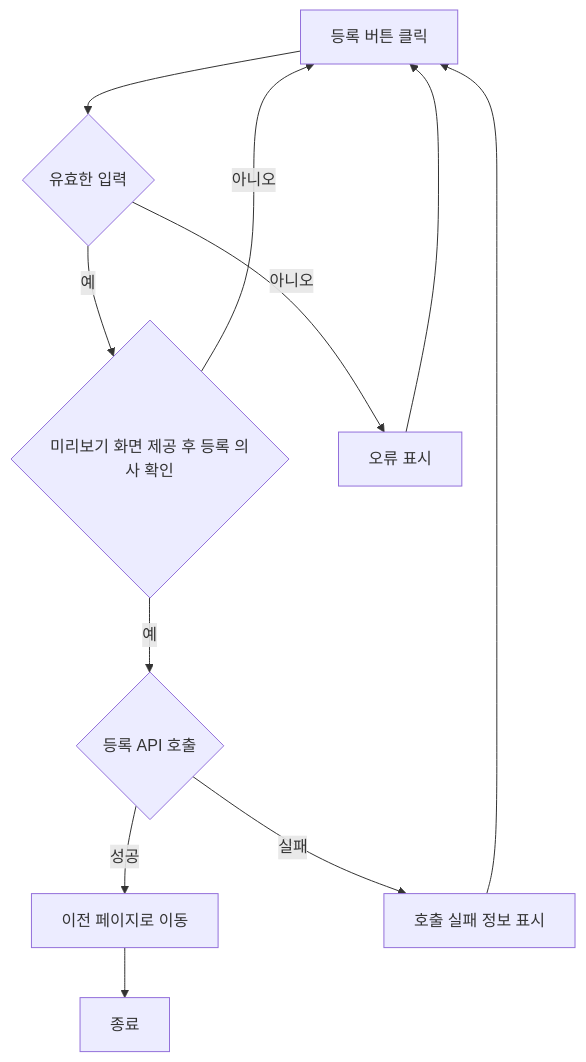
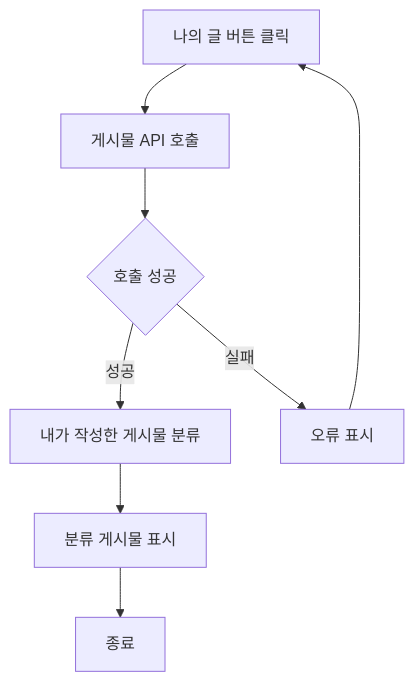
One commit to Dev-FE-2/3_swim_diary changed diagram 16 of 21 in design/기능정의서.md. Above: the diagram before and after it, drawn with Mermaid. The commit also changed other lines of this file, not shown here.

````diff
--- a/design/기능정의서.md
+++ b/design/기능정의서.md
@@ -421,12 +418,10 @@
     ```mermaid
     flowchart TD
-    E[종료]
-    A[등록 버튼 클릭] --> B{유효한 입력}
-    B -- 예 --> B1{미리보기 화면 제공 후 등록 의사 확인}
-    B -- 아니오 --> B2[오류 표시] --> A
-    B1 -- 예 --> B4{등록 API 호출}
-    B1 -- 아니오 --> A
-    B4 -- 성공 --> C[이전 페이지로 이동] --> E
-    B4 -- 실패 --> B3[호출 실패 정보 표시] --> A
-
+        A[나의 글 버튼 클릭] --> B[게시물 API 호출]
+        B --> C{호출 성공}
+        C -- 성공 -->D[내가 작성한 게시물 분류]
+        C -- 실패 -->E[오류 표시]
+        E-->A
+        D --> F[분류 게시물 표시]
+        F --> Z[종료]
     ```
````
